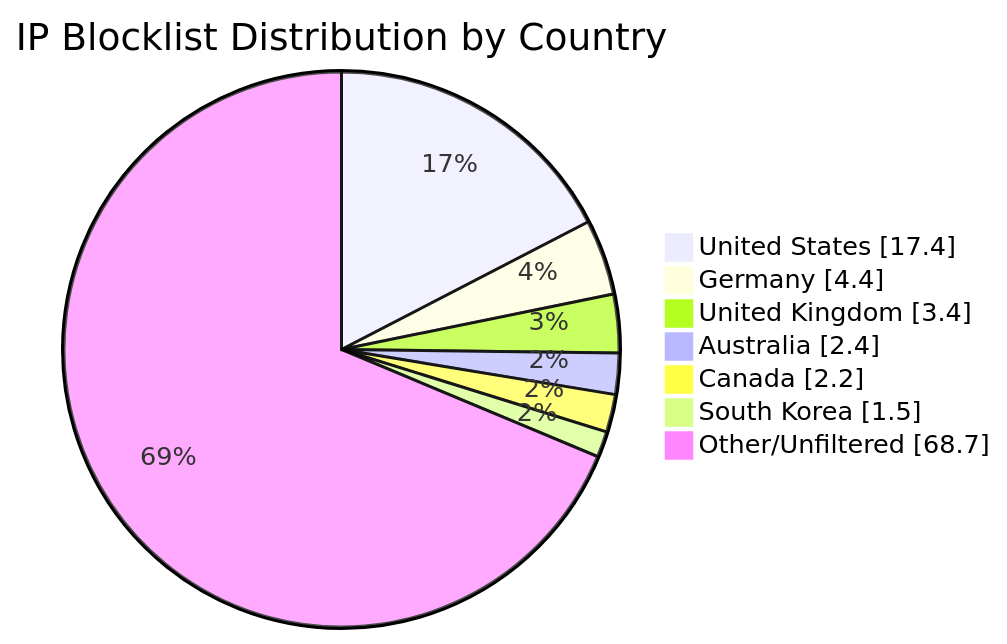
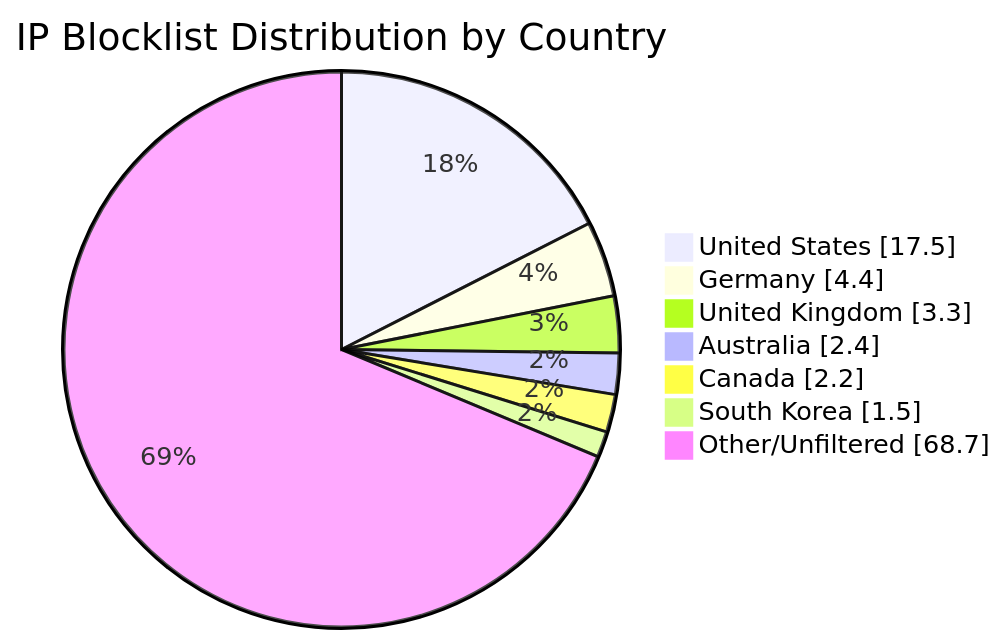
Before and after one commit to MarcusHoltz/ipblocklist-geofiltered-aggregator: the diagram in README.md, drawn with Mermaid. The commit also changed other lines of this file and 9 other files, not shown here.

````diff
--- a/README.md
+++ b/README.md
@@ -34,10 +34,10 @@
 ```mermaid
 pie showData title IP Blocklist Distribution by Country
-"United States" : 17.4
+"United States" : 17.5
 "Germany" : 4.4
-"United Kingdom" : 3.4
+"United Kingdom" : 3.3
 "Australia" : 2.4
 "Canada" : 2.2
 "South Korea" : 1.5
 "Other/Unfiltered" : 68.7
 ```
````
